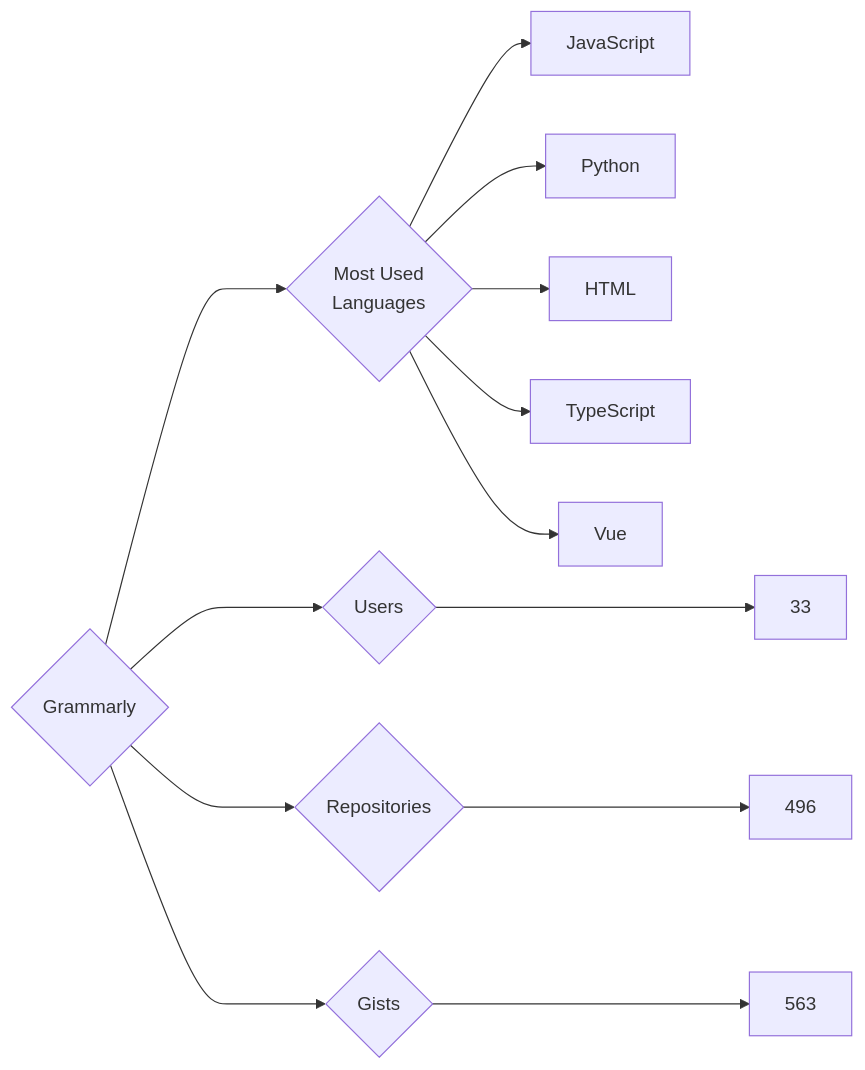
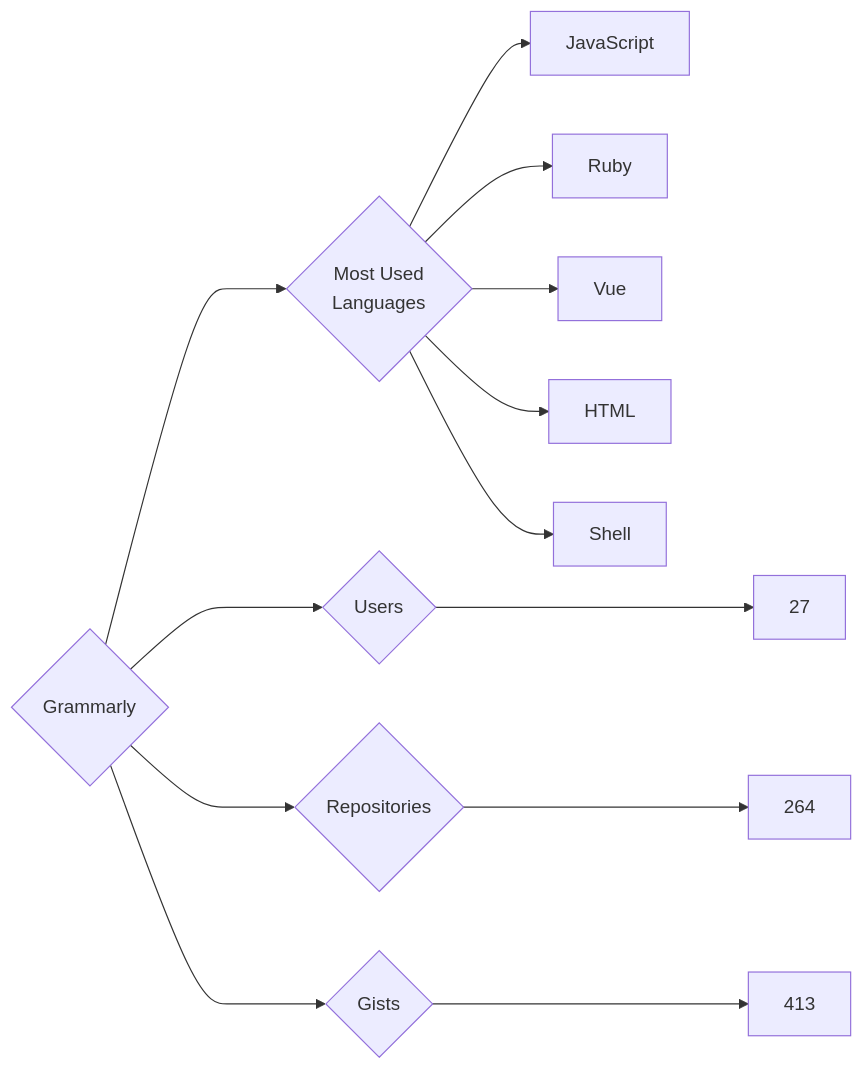
The diagram in targets/Grammarly/README.md (trickest/insiders), drawn with Mermaid before and after one commit. The commit also changed 715 other files, not shown here.

````diff
--- a/targets/Grammarly/README.md
+++ b/targets/Grammarly/README.md
@@ -3,13 +3,13 @@
 ```mermaid
 graph LR
 COMPANY_NAME{Grammarly}
-COMPANY_NAME ---> U{Users} ---> UN[33]
-COMPANY_NAME ---> R{Repositories} ---> RN[496]
-COMPANY_NAME ---> G{Gists} ---> GN[563]
+COMPANY_NAME ---> U{Users} ---> UN[27]
+COMPANY_NAME ---> R{Repositories} ---> RN[264]
+COMPANY_NAME ---> G{Gists} ---> GN[413]
 COMPANY_NAME ---> ML{Most Used<br>Languages}
 ML --> JavaScript[JavaScript]
-ML --> Python[Python]
+ML --> Ruby[Ruby]
+ML --> Vue[Vue]
 ML --> HTML[HTML]
-ML --> TypeScript[TypeScript]
-ML --> Vue[Vue]
+ML --> Shell[Shell]
 ```
````
